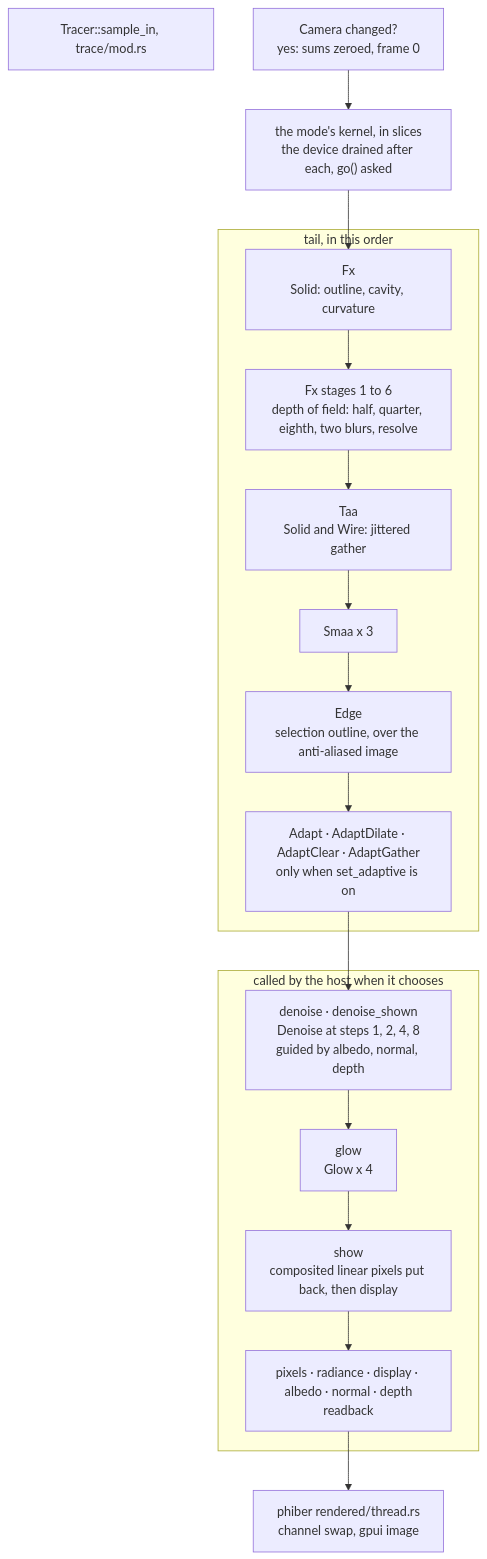
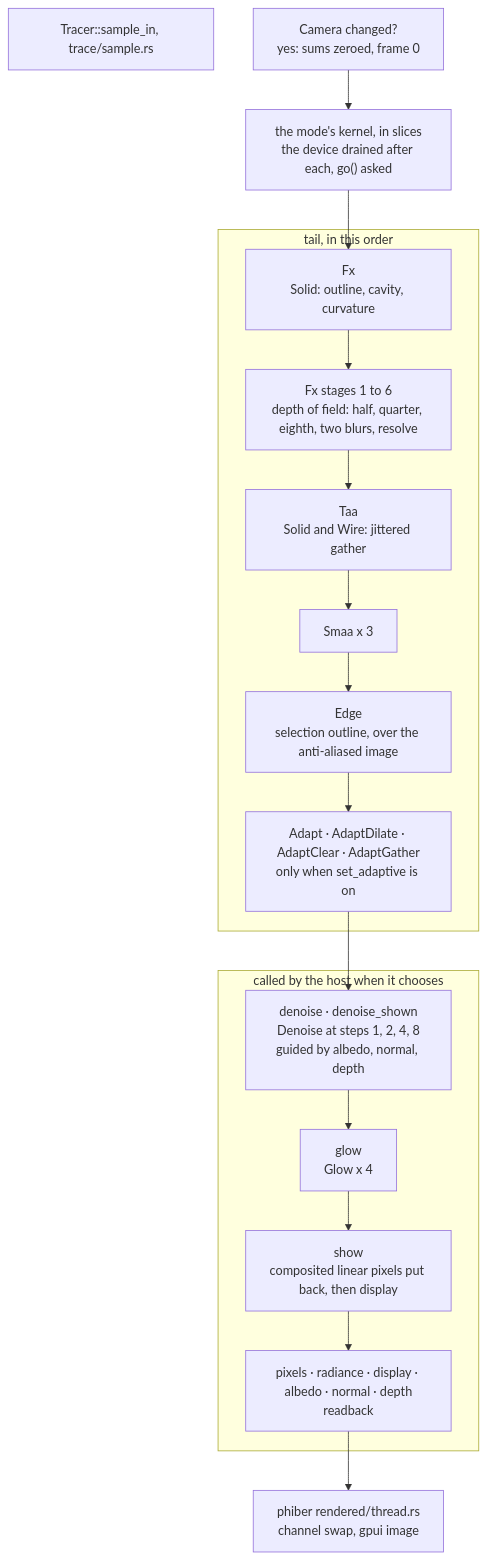
Before and after one commit to gemphi/phiray: the second of 3 diagrams in docs/frame.md, drawn with Mermaid. The commit also changed 11 other files, not shown here.

````diff
--- a/docs/frame.md
+++ b/docs/frame.md
@@ -25,23 +25,23 @@
 ```mermaid
 graph TB
-    key["Tracer::sample_in, trace/mod.rs"]
+    key["Tracer::sample_in, trace/sample.rs"]
     a_cam["Camera changed?<br/>yes: sums zeroed, frame 0"]
     a_slices["the mode's kernel, in slices<br/>the device drained after each, go() asked"]
     subgraph tail["tail, in this order"]
         t_fx["Fx<br/>Solid: outline, cavity, curvature"]
         t_dof["Fx stages 1 to 6<br/>depth of field: half, quarter, eighth, two blurs, resolve"]
         t_taa["Taa<br/>Solid and Wire: jittered gather"]
         t_smaa["Smaa x 3"]
         t_edge["Edge<br/>selection outline, over the anti-aliased image"]
         t_adapt["Adapt · AdaptDilate · AdaptClear · AdaptGather<br/>only when set_adaptive is on"]
     end
     subgraph after["called by the host when it chooses"]
         p_denoise["denoise · denoise_shown<br/>Denoise at steps 1, 2, 4, 8<br/>guided by albedo, normal, depth"]
         p_glow["glow<br/>Glow x 4"]
         p_show["show<br/>composited linear pixels put back, then display"]
         p_read["pixels · radiance · display · albedo · normal · depth<br/>readback"]
     end
     a_cam --> a_slices --> t_fx --> t_dof --> t_taa --> t_smaa --> t_edge --> t_adapt
     t_adapt --> p_denoise --> p_glow --> p_show --> p_read
     p_read --> host["phiber rendered/thread.rs<br/>channel swap, gpui image"]
 ```
````
